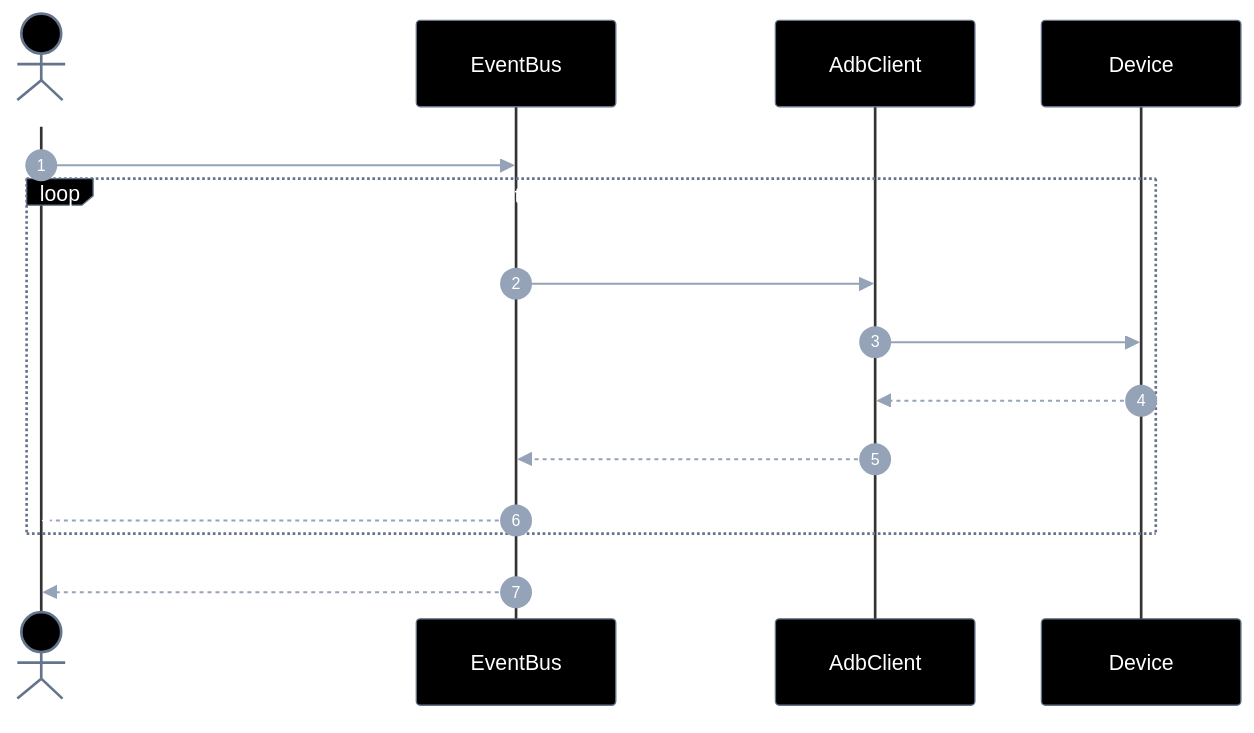
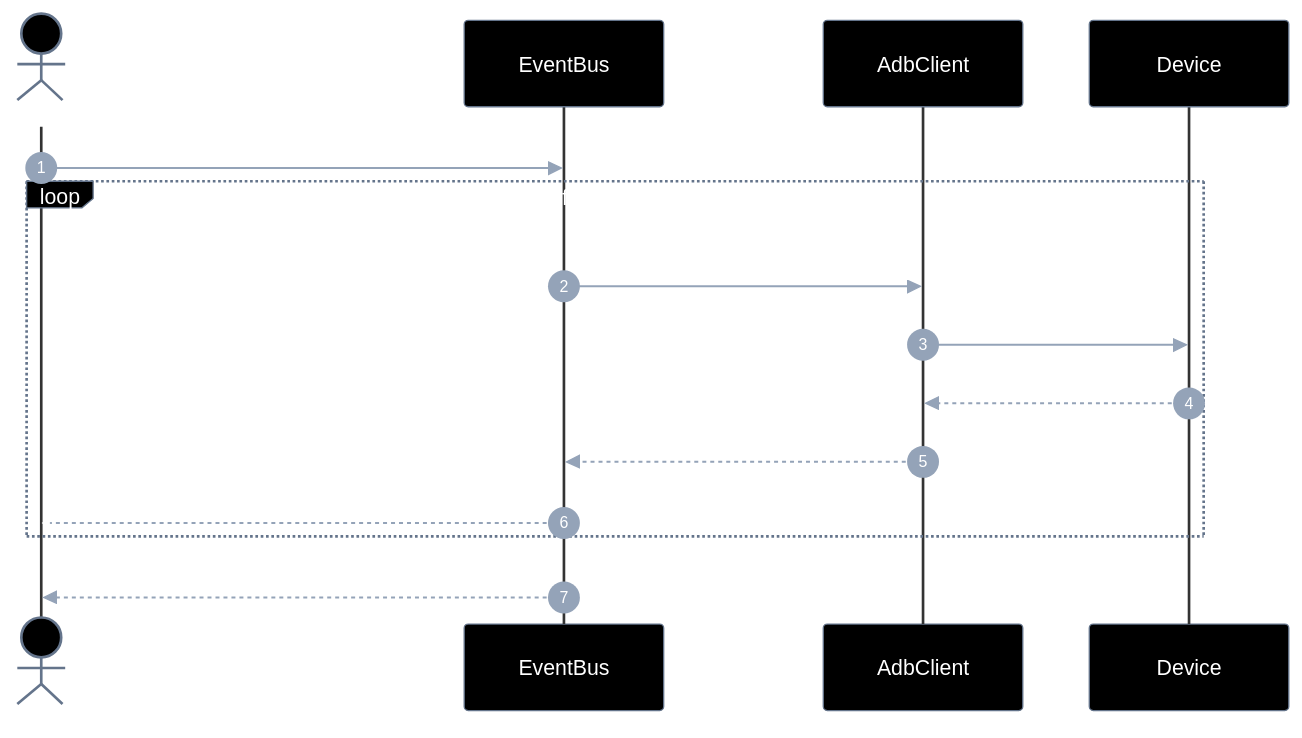
Before and after one commit to laerciogermano/workstation: the second of 5 diagrams in connectmax/screen-robot/implementation-plan/EP-02-eventos-de-ui.md, drawn with Mermaid. The commit also changed other lines of this file and 2 other files, not shown here.

Commit message:
Troca waitFor* por on(evento) nos planos de eventos de UI.

````diff
--- a/connectmax/screen-robot/implementation-plan/EP-02-eventos-de-ui.md
+++ b/connectmax/screen-robot/implementation-plan/EP-02-eventos-de-ui.md
@@ -135,59 +135,59 @@
 ```mermaid
 ---
 config:
   theme: base
   themeVariables:
     darkMode: true
     background: '#000000'
     primaryColor: '#000000'
     primaryTextColor: '#ffffff'
     primaryBorderColor: '#64748b'
     secondaryColor: '#000000'
     secondaryTextColor: '#ffffff'
     secondaryBorderColor: '#64748b'
     tertiaryColor: '#000000'
     tertiaryTextColor: '#ffffff'
     tertiaryBorderColor: '#64748b'
     lineColor: '#64748b'
     textColor: '#ffffff'
     mainBkg: '#000000'
     nodeBorder: '#64748b'
     clusterBkg: '#000000'
     clusterBorder: '#333333'
     titleColor: '#ffffff'
     edgeLabelBackground: '#000000'
     actorBkg: '#000000'
     actorBorder: '#64748b'
     actorTextColor: '#ffffff'
     actorLineColor: '#333333'
     signalColor: '#94a3b8'
     signalTextColor: '#ffffff'
     labelBoxBkgColor: '#000000'
     labelBoxBorderColor: '#64748b'
     labelTextColor: '#ffffff'
     loopTextColor: '#ffffff'
     noteBorderColor: '#64748b'
     noteBkgColor: '#111111'
     noteTextColor: '#ffffff'
     activationBorderColor: '#64748b'
     activationBkgColor: '#1a1a1a'
     sequenceNumberColor: '#ffffff'
     classText: '#ffffff'
 ---
 sequenceDiagram
   autonumber
   actor Dev as Caller
   participant E as EventBus
   participant A as AdbClient
   participant D as Device
 
-  Dev->>E: waitForAppForeground(serial, pkg, opts)
+  Dev->>E: on("app_open", { serial, pkg, ...opts })
   loop até foreground ou timeout
     E->>A: dumpsys window / pidof pkg
     A->>D: adb shell
     D-->>A: package ativo?
     A-->>E: evidência
-    E--)Dev: onEvent(type app_poll)
+    E--)Dev: on("app_poll", payload)
   end
-  E-->>Dev: { foreground: true, package }
+  E-->>Dev: on("app_open", { foreground: true, package })
 ```
````
